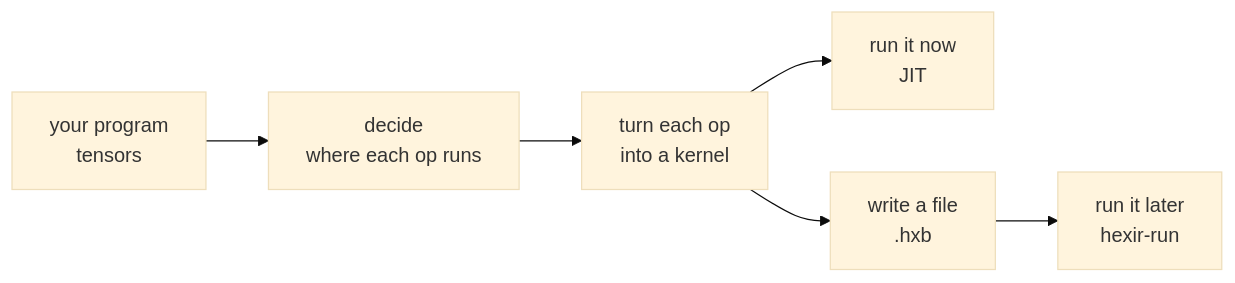
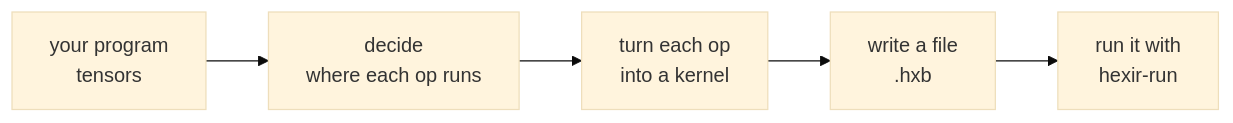
Before and after one commit to hamzaqureshi5/hexir: the diagram in docs/index.md, drawn with Mermaid (base theme). The commit also changed other lines of this file and 8 other files, not shown here.

````diff
--- a/docs/index.md
+++ b/docs/index.md
@@ -11,8 +11,7 @@
 ```mermaid
 flowchart LR
     A["your program<br/>tensors"] --> B["decide<br/>where each op runs"]
     B --> C["turn each op<br/>into a kernel"]
-    C --> D["run it now<br/>JIT"]
     C --> E["write a file<br/>.hxb"]
-    E --> F["run it later<br/>hexir-run"]
+    E --> F["run it with<br/>hexir-run"]
 ```
````
